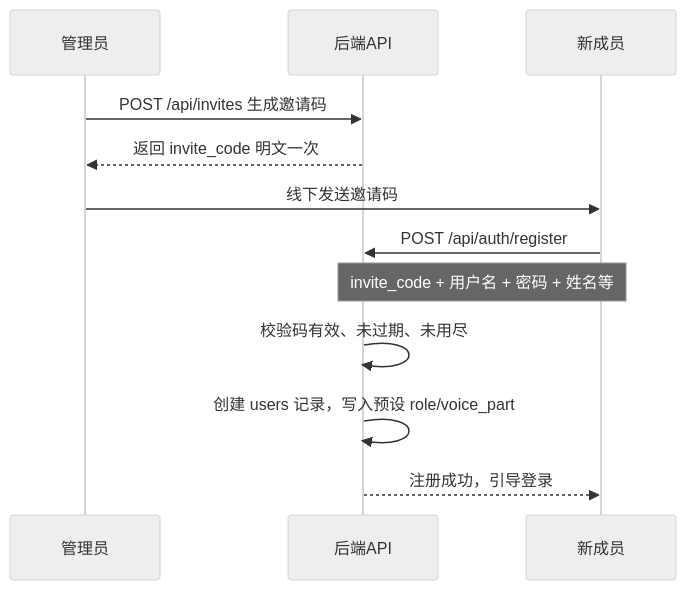
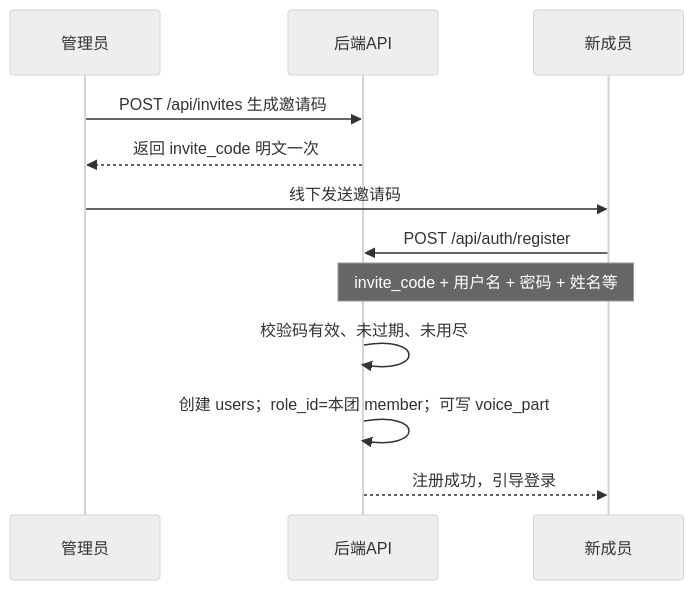
One commit to cmbmail/choir changed the second of 6 diagrams in docs/弦歌合唱团管理系统-需求与开发计划-v2.0.md. Above: the diagram before and after it, drawn with Mermaid (neutral theme). The commit also changed other lines of this file and 45 other files, not shown here.

````diff
--- a/docs/弦歌合唱团管理系统-需求与开发计划-v2.0.md
+++ b/docs/弦歌合唱团管理系统-需求与开发计划-v2.0.md
@@ -158,14 +201,14 @@
 ```mermaid
 sequenceDiagram
   participant Admin as 管理员
   participant API as 后端API
   participant User as 新成员
   Admin->>API: POST /api/invites 生成邀请码
   API-->>Admin: 返回 invite_code 明文一次
   Admin->>User: 线下发送邀请码
   User->>API: POST /api/auth/register
   Note over User,API: invite_code + 用户名 + 密码 + 姓名等
   API->>API: 校验码有效、未过期、未用尽
-  API->>API: 创建 users 记录，写入预设 role/voice_part
+  API->>API: 创建 users；role_id=本团 member；可写 voice_part
   API-->>User: 注册成功，引导登录
 ```
````
